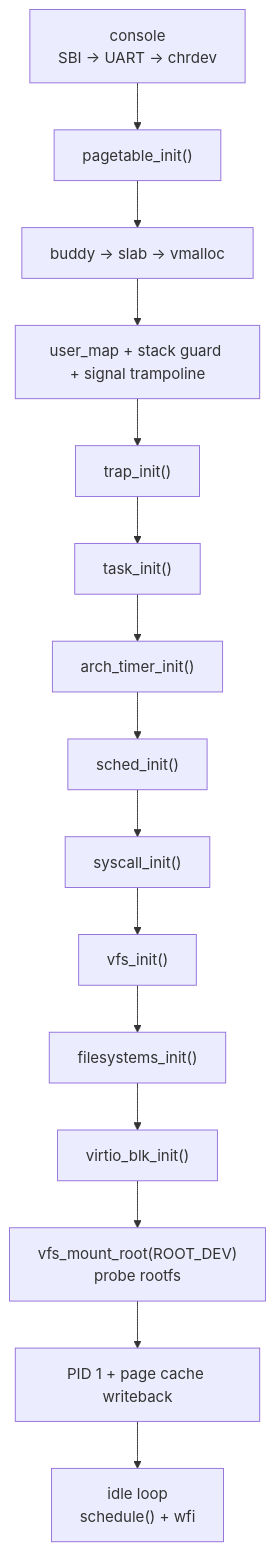
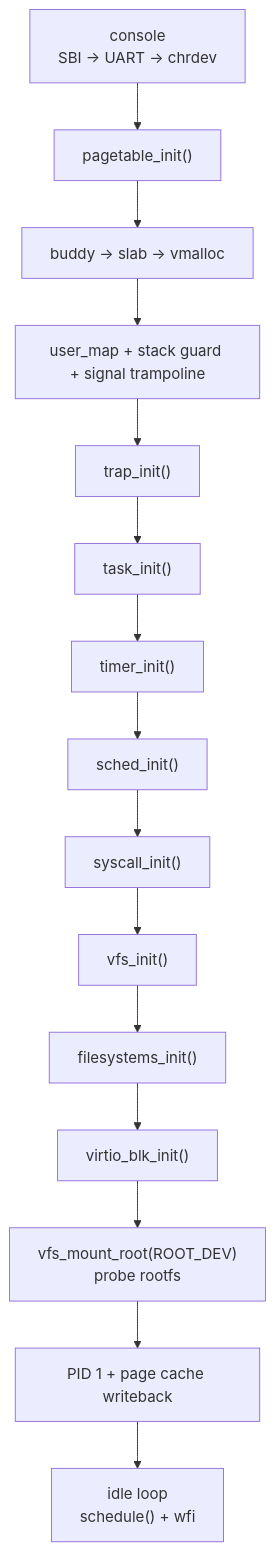
The second of 2 diagrams in docs/architecture/boot.md (pillow-zx/CuteOS), drawn with Mermaid before and after one commit. The commit also changed other lines of this file and 19 other files, not shown here.

````diff
--- a/docs/architecture/boot.md
+++ b/docs/architecture/boot.md
@@ -62,21 +62,21 @@
 ```mermaid
 flowchart TD
     Console["console<br/>SBI -> UART -> chrdev"]
     PT["pagetable_init()"]
     Alloc["buddy -> slab -> vmalloc"]
     UserMap["user_map + stack guard + signal trampoline"]
     Trap["trap_init()"]
     Task["task_init()"]
-    Timer["arch_timer_init()"]
+    Timer["timer_init()"]
     Sched["sched_init()"]
     Syscall["syscall_init()"]
     VFS["vfs_init()"]
     FS["filesystems_init()"]
     Block["virtio_blk_init()"]
     Root["vfs_mount_root(ROOT_DEV)<br/>probe rootfs"]
     Threads["PID 1 + page cache writeback"]
     Idle["idle loop<br/>schedule() + wfi"]
 
     Console --> PT --> Alloc --> UserMap --> Trap --> Task --> Timer
     Timer --> Sched --> Syscall --> VFS --> FS --> Block --> Root --> Threads --> Idle
 ```
````
